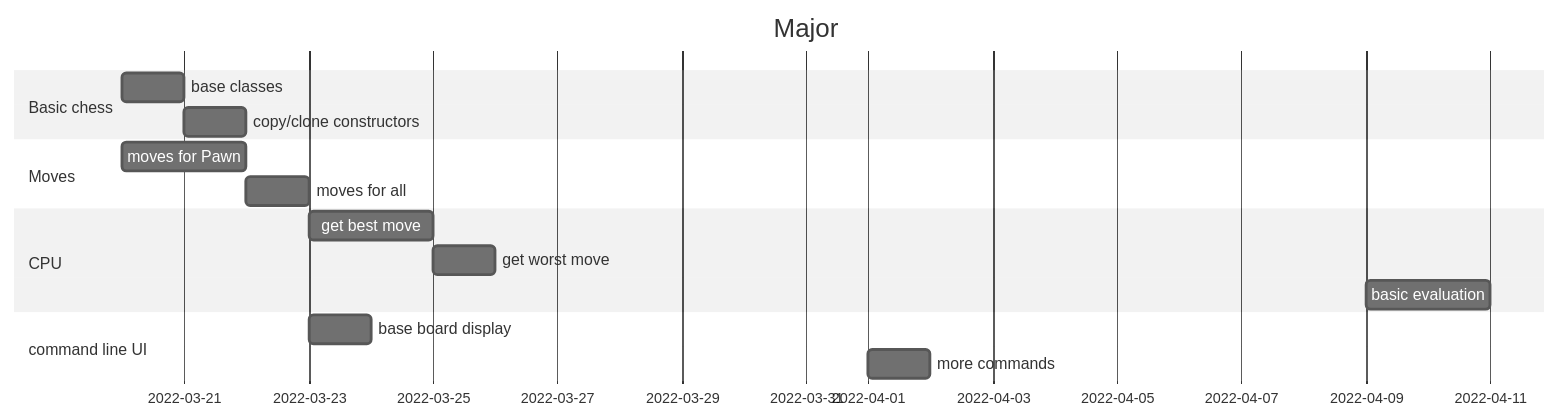
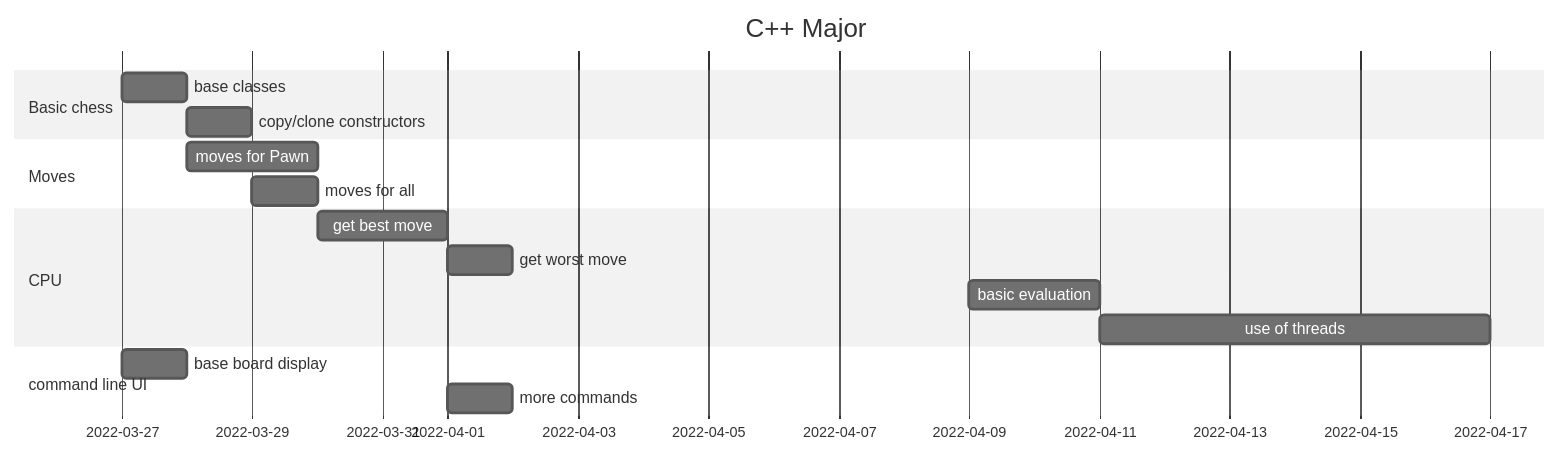
The diagram in README.md (ThomasByr/chess), drawn with Mermaid (neutral theme) before and after one commit. The commit also changed other lines of this file, not shown here.

Commit message:
latest version of README file

````diff
--- a/README.md
+++ b/README.md
@@ -143,18 +148,19 @@
 ```mermaid
 gantt
-    title Major
+    title C++ Major
     dateFormat  YYYY-MM-DD
     section Basic chess
-    base classes            : 2022-03-20, 1d
+    base classes            : 2022-03-27, 1d
     copy/clone constructors : 1d
     section Moves
-    moves for Pawn : 2022-03-20, 2d
-    moves for all  : 2022-03-22, 1d
+    moves for Pawn : 2022-03-28, 2d
+    moves for all  : 2022-03-29, 1d
     section CPU
-    get best move    : 2022-03-23, 2d
+    get best move    : 2022-03-30, 2d
     get worst move   : 1d
-    basic evaluation : 2022-04-9, 2d
+    basic evaluation : 2022-04-09, 2d
+    use of threads   : 2022-04-11, 6d
     section command line UI
-    base board display : 2022-03-23, 1d
+    base board display : 2022-03-27, 1d
     more commands      : 2022-04-01, 1d
 ```
````
